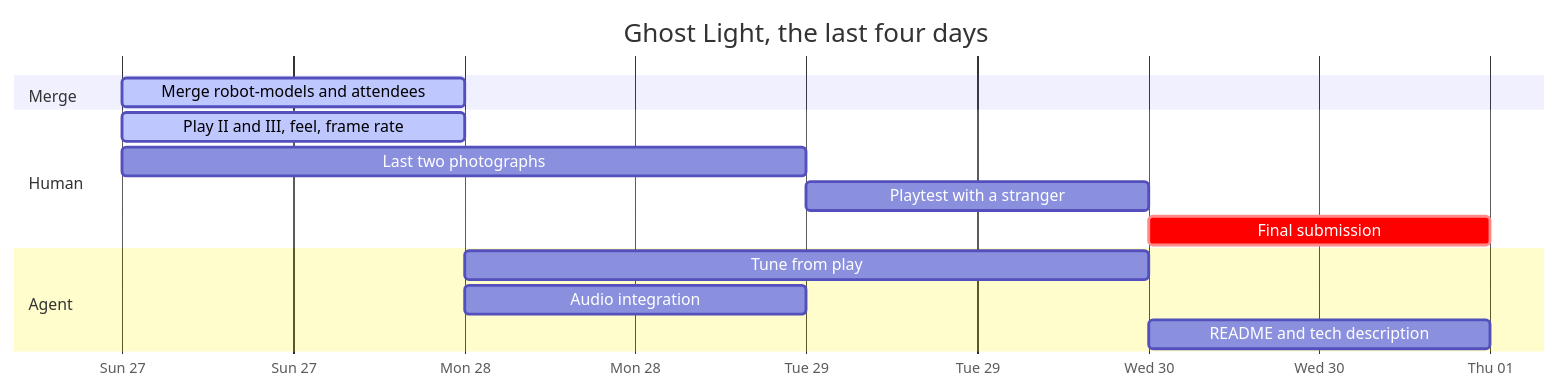
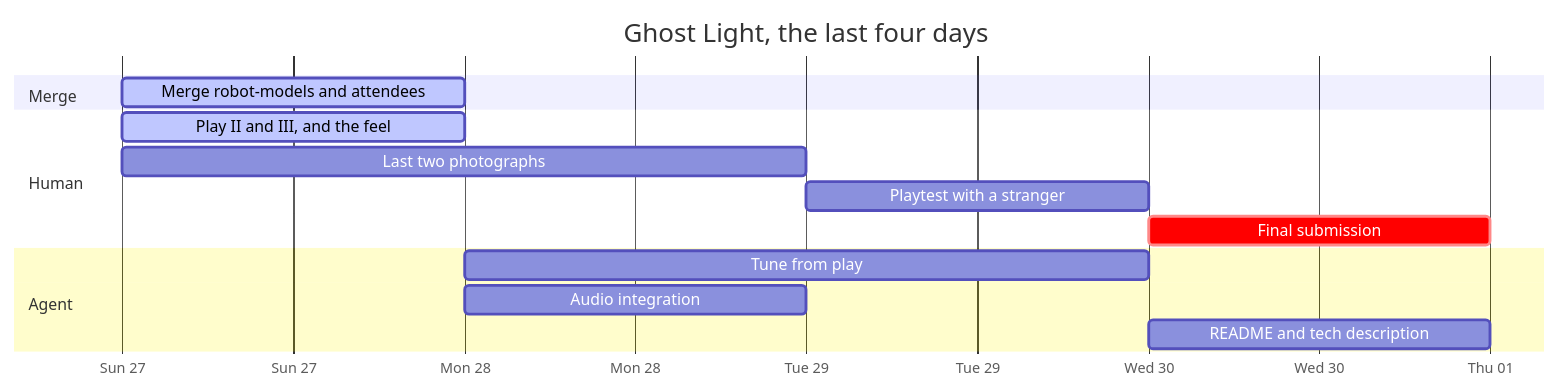
The second of 2 diagrams in STATUS.md (LoMagnette/ghost-light), drawn with Mermaid before and after one commit. The commit also changed other lines of this file, not shown here.

````diff
--- a/STATUS.md
+++ b/STATUS.md
@@ -151,17 +151,17 @@
 ```mermaid
 gantt
     title Ghost Light, the last four days
     dateFormat YYYY-MM-DD
     axisFormat %a %d
     section Merge
     Merge robot-models and attendees  :active, m1, 2026-09-27, 1d
     section Human
-    Play II and III, feel, frame rate :active, h1, 2026-09-27, 1d
+    Play II and III, and the feel     :active, h1, 2026-09-27, 1d
     Last two photographs              :h2, 2026-09-27, 2d
     Playtest with a stranger          :t1, 2026-09-29, 1d
     Final submission                  :crit, s2, 2026-09-30, 1d
     section Agent
     Tune from play                    :g1, after h1, 2d
     Audio integration                 :g2, 2026-09-28, 1d
     README and tech description       :g3, 2026-09-30, 1d
 ```
````
